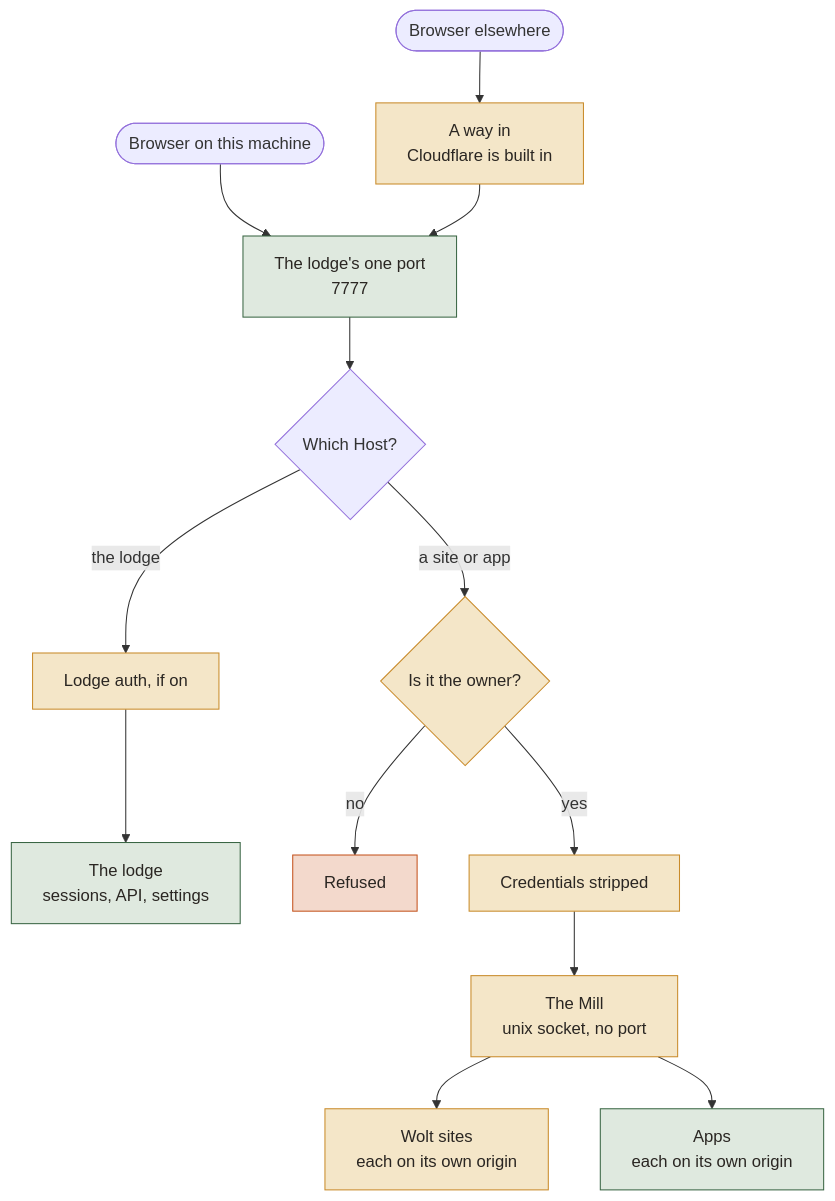
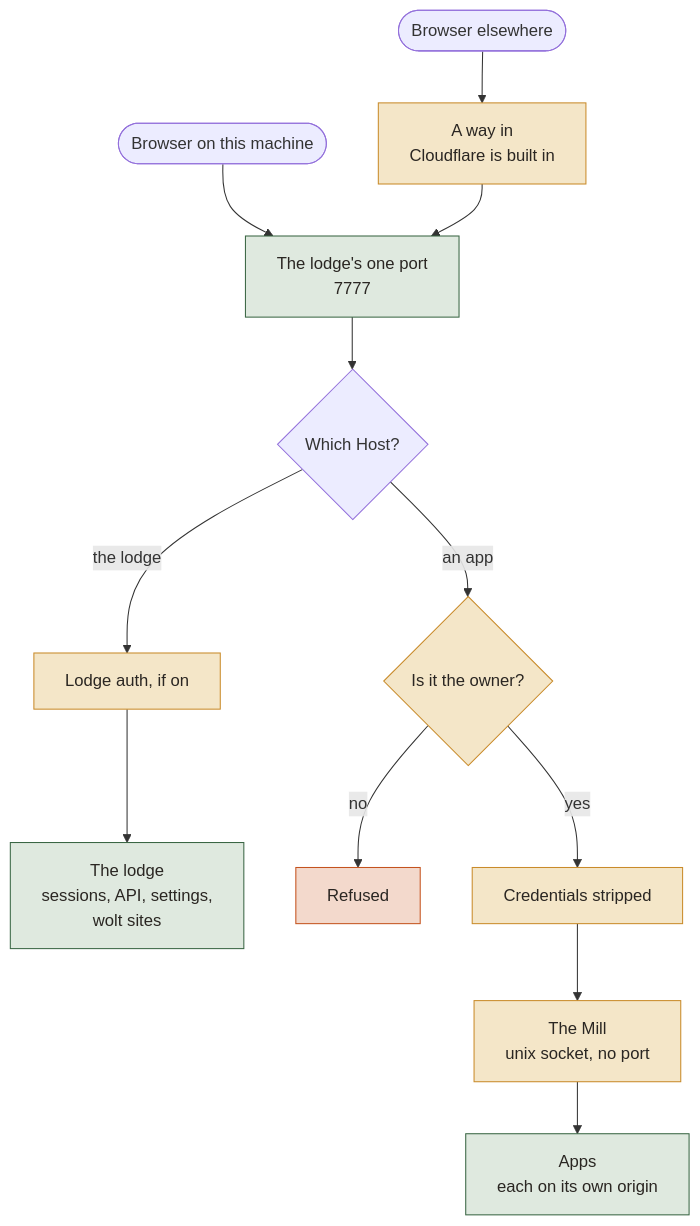
One commit to jerpint/woltspace changed the first of 5 diagrams in docs/0.6.md. Above: the diagram before and after it, drawn with Mermaid. The commit also changed other lines of this file and 8 other files, not shown here.

First line of the commit message:
Sites stay on the lodge: docs and skills

````diff
--- a/docs/0.6.md
+++ b/docs/0.6.md
@@ -13,18 +13,17 @@
 ```mermaid
 flowchart TD
   L([Browser on this machine]) --> P[The lodge's one port<br>7777]:::ok
   R([Browser elsewhere]) --> W[A way in<br>Cloudflare is built in]:::new
   W --> P
   P --> H{Which Host?}
   H -- the lodge --> A[Lodge auth, if on]:::new
-  A --> T[The lodge<br>sessions, API, settings]:::ok
-  H -- a site or app --> O{Is it the owner?}:::new
+  A --> T[The lodge<br>sessions, API, settings,<br>wolt sites]:::ok
+  H -- an app --> O{Is it the owner?}:::new
   O -- no --> X[Refused]:::bad
   O -- yes --> S[Credentials stripped]:::new
   S --> M[The Mill<br>unix socket, no port]:::new
-  M --> SI[Wolt sites<br>each on its own origin]:::new
   M --> AP[Apps<br>each on its own origin]:::ok
   classDef ok fill:#dfe9df,stroke:#3A6644,color:#2a2622
   classDef new fill:#f4e6c8,stroke:#C98B2A,color:#2a2622
   classDef bad fill:#f3d9cc,stroke:#C4531E,color:#2a2622
 ```
````
